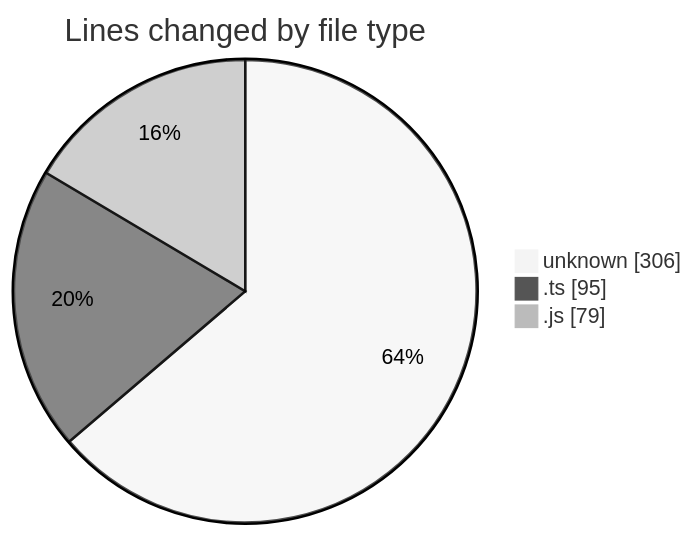
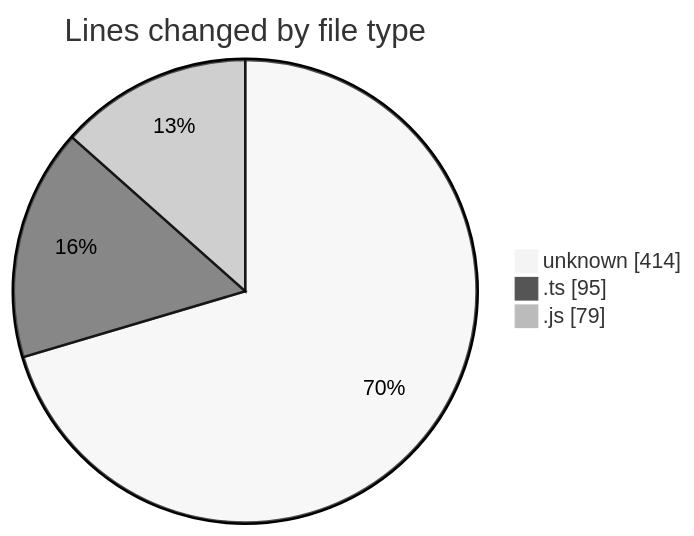
The first of 2 diagrams in 2025-05-17/niten/README.md (Elitesun/code-tracking), drawn with Mermaid (neutral theme) before and after one commit. The commit also changed other lines of this file and 1 other file, not shown here.

````diff
--- a/2025-05-17/niten/README.md
+++ b/2025-05-17/niten/README.md
@@ -23,7 +23,7 @@
 ```mermaid
 pie showData
 title Lines changed by file type
-"unknown" : 306
+"unknown" : 414
 ".ts" : 95
 ".js" : 79
 ```
````
